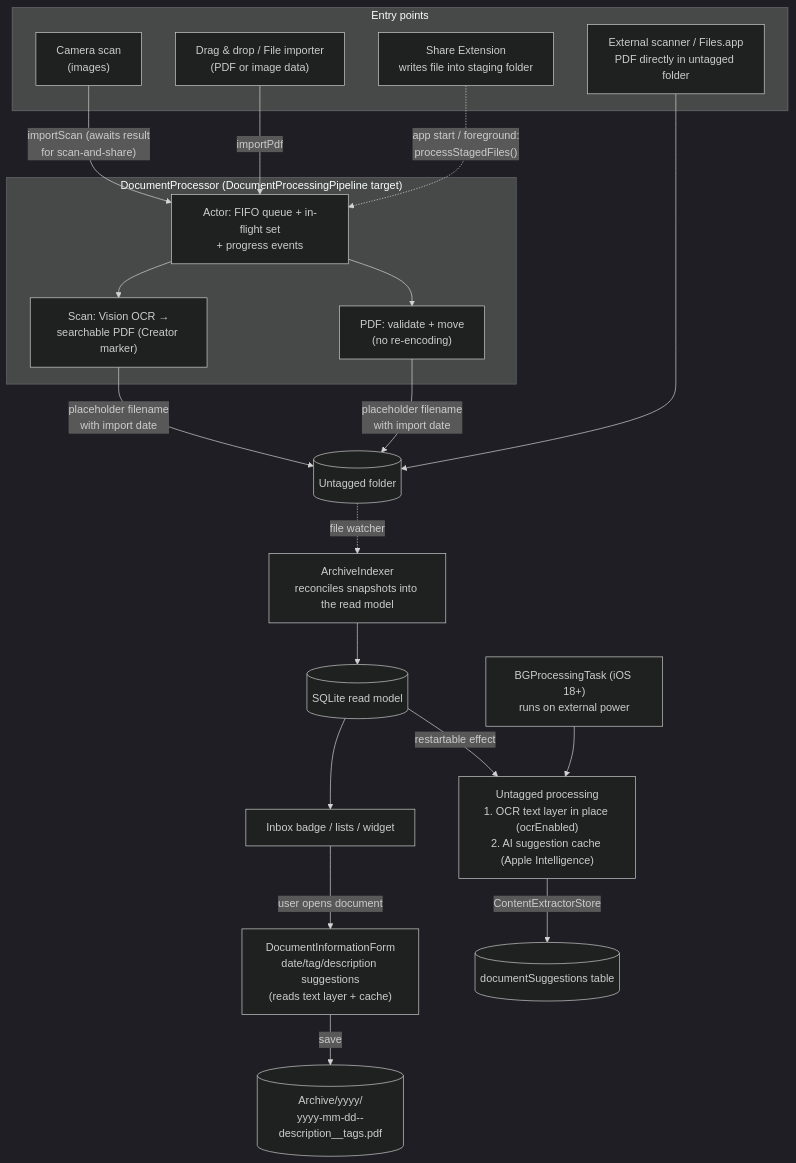
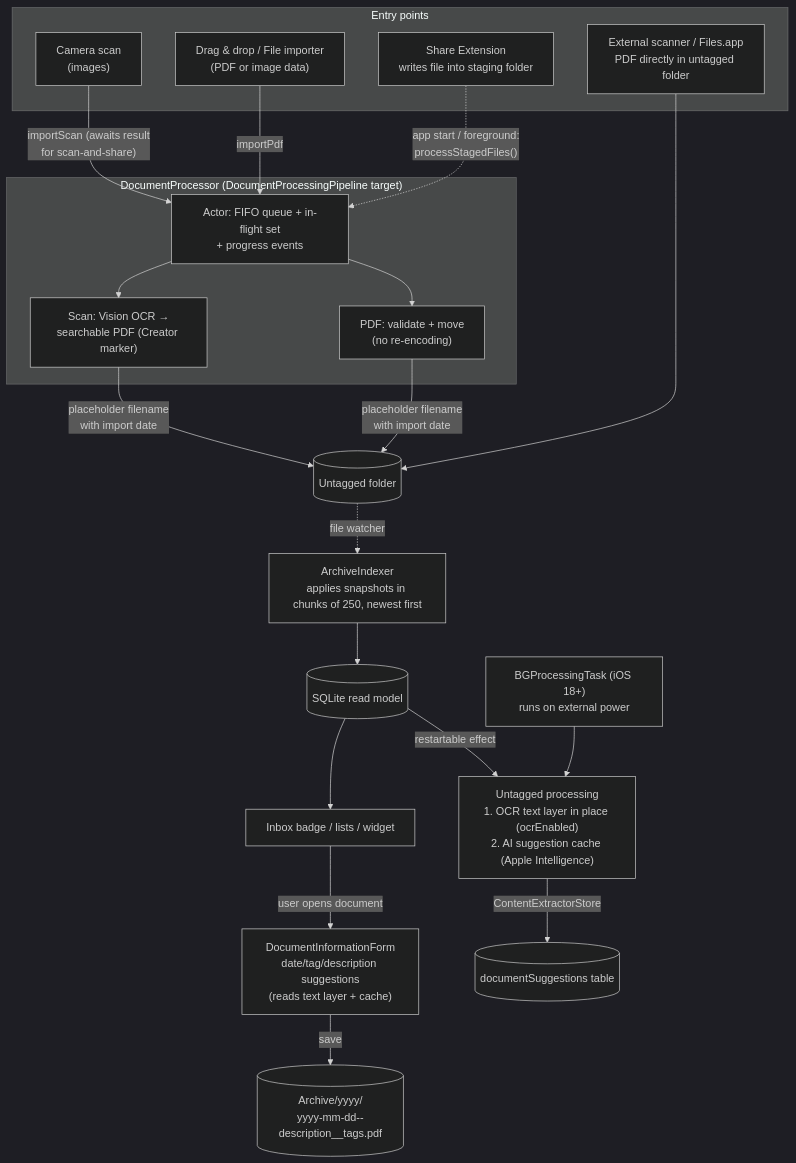
One commit to PDF-Archiver/PDF-Archiver changed the diagram in docs/document-flow.md. Above: the diagram before and after it, drawn with Mermaid (dark theme). The commit also changed other lines of this file and 2 other files, not shown here.

````diff
--- a/docs/document-flow.md
+++ b/docs/document-flow.md
@@ -9,32 +9,32 @@
 ```mermaid
 flowchart TD
     subgraph Entry ["Entry points"]
         E1["Camera scan<br/>(images)"]
         E2["Drag & drop / File importer<br/>(PDF or image data)"]
         E3["Share Extension<br/>writes file into staging folder"]
         E4["External scanner / Files.app<br/>PDF directly in untagged folder"]
     end
 
     subgraph Processor ["DocumentProcessor (DocumentProcessingPipeline target)"]
         ACT["Actor: FIFO queue + in-flight set<br/>+ progress events"]
         P1["Scan: Vision OCR →<br/>searchable PDF (Creator marker)"]
         P2["PDF: validate + move<br/>(no re-encoding)"]
     end
 
     E1 -->|"importScan (awaits result<br/>for scan-and-share)"| ACT
     E2 -->|importPdf| ACT
     E3 -.->|"app start / foreground:<br/>processStagedFiles()"| ACT
     ACT --> P1 & P2
     P1 & P2 -->|"placeholder filename<br/>with import date"| UNT[("Untagged folder")]
     E4 --> UNT
 
-    UNT -.->|file watcher| IDX["ArchiveIndexer<br/>reconciles snapshots into the read model"]
+    UNT -.->|file watcher| IDX["ArchiveIndexer<br/>applies snapshots in chunks of 250, newest first"]
     IDX --> DB[("SQLite read model")]
     DB --> UI["Inbox badge / lists / widget"]
     DB -->|"restartable effect"| SWEEP["Untagged processing<br/>1. OCR text layer in place (ocrEnabled)<br/>2. AI suggestion cache (Apple Intelligence)"]
     BG["BGProcessingTask (iOS 18+)<br/>runs on external power"] --> SWEEP
     SWEEP -->|"ContentExtractorStore"| CACHE[("documentSuggestions table")]
 
     UI -->|"user opens document"| FORM["DocumentInformationForm<br/>date/tag/description suggestions<br/>(reads text layer + cache)"]
     FORM -->|save| ARCH[("Archive/yyyy/<br/>yyyy-mm-dd--description__tags.pdf")]
 ```
````
